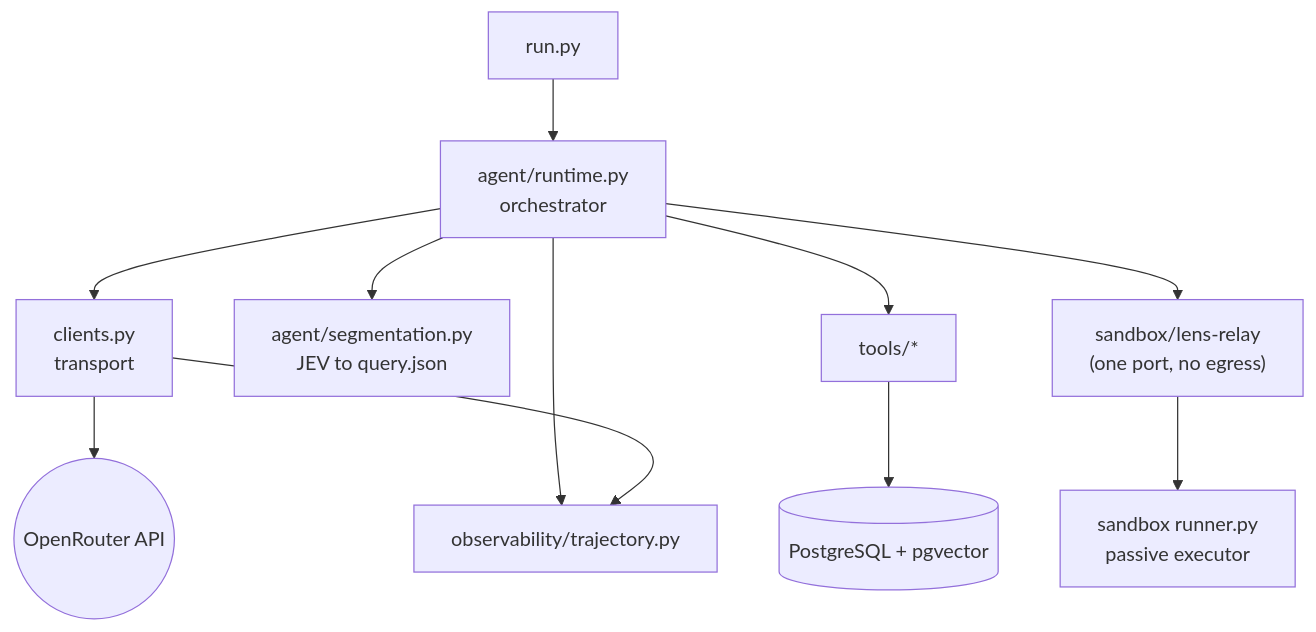
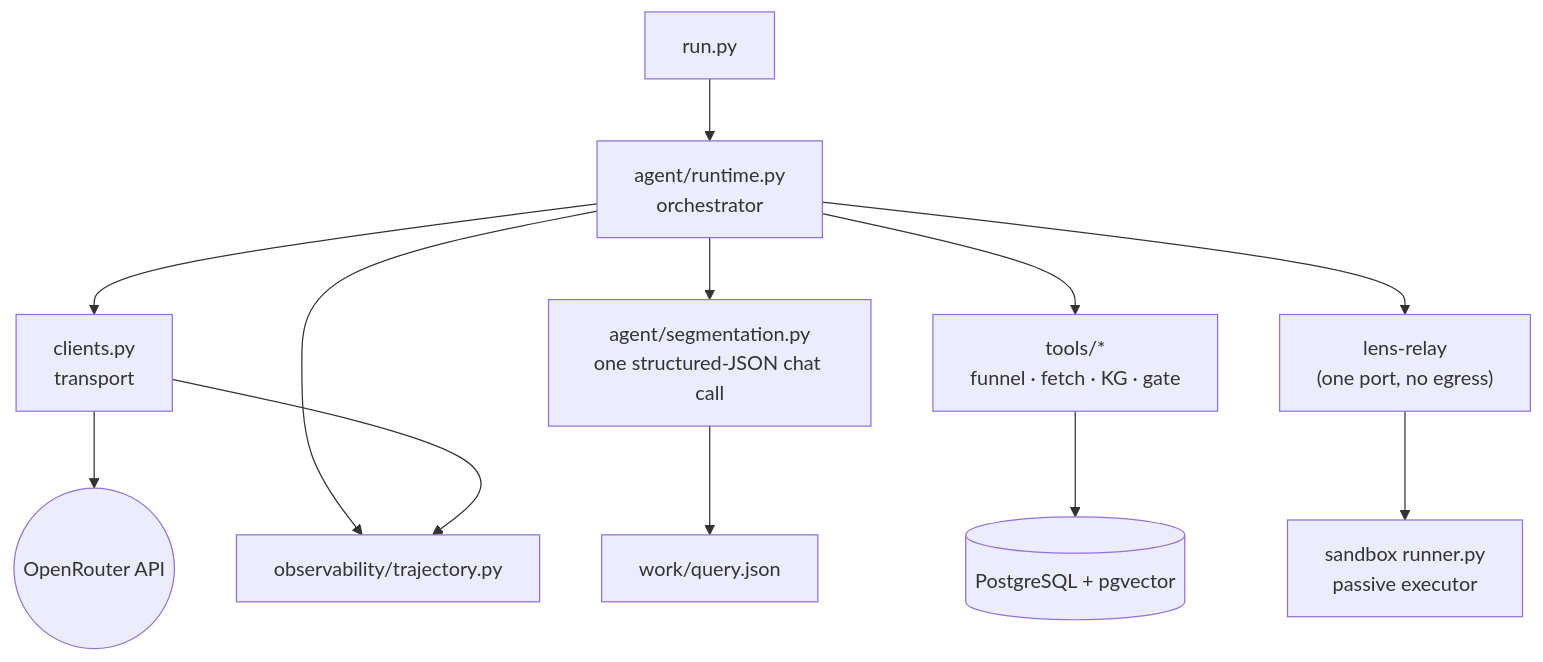
One commit to RSGzen/LENS changed the fifth of 6 diagrams in docs/ARCHITECTURE.md. Above: the diagram before and after it, drawn with Mermaid. The commit also changed other lines of this file and 2 other files, not shown here.

Commit message:
docs: rewrite the architecture file against the code, without the regeneration section

````diff
--- a/docs/ARCHITECTURE.md
+++ b/docs/ARCHITECTURE.md
@@ -515,13 +587,14 @@
 ```mermaid
 flowchart TD
     run["run.py"] --> runtime["agent/runtime.py<br/>orchestrator"]
     runtime --> clients["clients.py<br/>transport"]
     clients --> ornet(("OpenRouter API"))
-    runtime --> seg["agent/segmentation.py<br/>JEV to query.json"]
-    runtime --> tools["tools/*"]
+    runtime --> seg["agent/segmentation.py<br/>one structured-JSON chat call"]
+    seg --> qjson["work/query.json"]
+    runtime --> tools["tools/*<br/>funnel · fetch · KG · gate"]
     tools --> db[("PostgreSQL + pgvector")]
     runtime --> traj["observability/trajectory.py"]
     clients --> traj
-    runtime --> relay["sandbox/lens-relay<br/>(one port, no egress)"]
+    runtime --> relay["lens-relay<br/>(one port, no egress)"]
     relay --> sbx["sandbox runner.py<br/>passive executor"]
 ```
````
